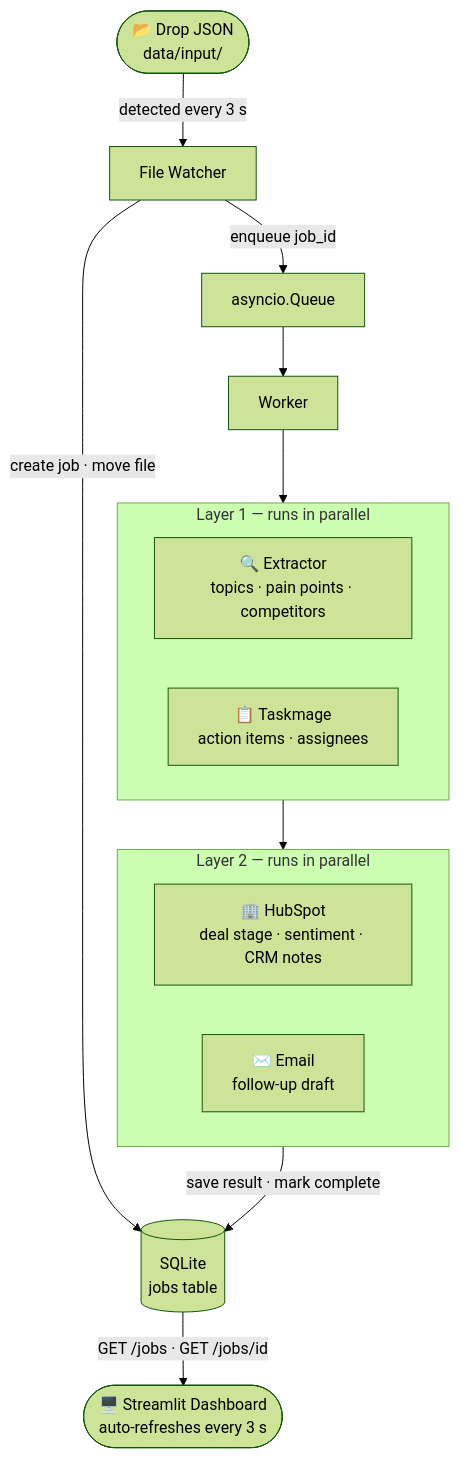
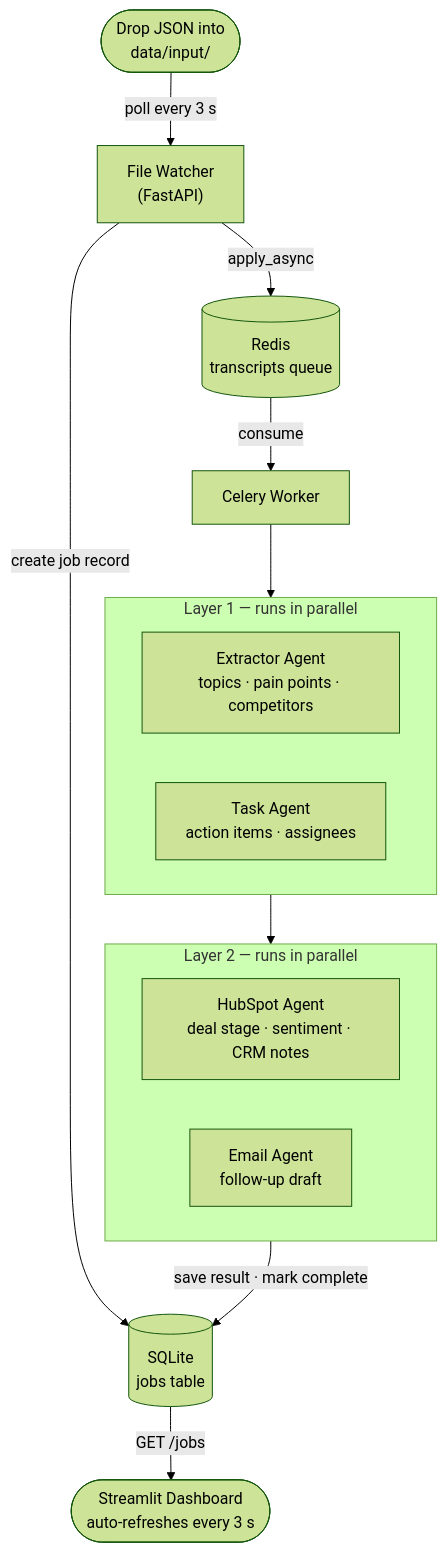
The first of 3 diagrams in README.md (mhdSharuk/DealFlow), drawn with Mermaid (forest theme) before and after one commit. The commit also changed other lines of this file, not shown here.

First line of the commit message:
docs: update README for Celery + Redis architecture

````diff
--- a/README.md
+++ b/README.md
@@ -56,27 +60,27 @@
 ```mermaid
 flowchart TD
-    A([📂 Drop JSON\ndata/input/])
-    A -->|"detected every 3 s"| B[File Watcher]
-    B -->|"create job · move file"| C[(SQLite\njobs table)]
-    B -->|enqueue job_id| D[asyncio.Queue]
-    D --> E[Worker]
+    A([Drop JSON into\ndata/input/]) -->|"poll every 3 s"| B["File Watcher\n(FastAPI)"]
+    B -->|"create job record"| C[("SQLite\njobs table")]
+    B -->|"apply_async"| D[("Redis\ntranscripts queue")]
+
+    D -->|"consume"| E["Celery Worker"]
 
     E --> L1
 
     subgraph L1["Layer 1 — runs in parallel"]
         direction LR
-        EX[🔍 Extractor\ntopics · pain points · competitors]
-        TM[📋 Taskmage\naction items · assignees]
+        EX["Extractor Agent\ntopics · pain points · competitors"]
+        TM["Task Agent\naction items · assignees"]
     end
 
     L1 --> L2
 
     subgraph L2["Layer 2 — runs in parallel"]
         direction LR
-        HS[🏢 HubSpot\ndeal stage · sentiment · CRM notes]
-        EM[✉️ Email\nfollow-up draft]
+        HS["HubSpot Agent\ndeal stage · sentiment · CRM notes"]
+        EM["Email Agent\nfollow-up draft"]
     end
 
     L2 -->|"save result · mark complete"| C
-    C -->|"GET /jobs  ·  GET /jobs/id"| UI([🖥️ Streamlit Dashboard\nauto-refreshes every 3 s])
+    C -->|"GET /jobs"| UI(["Streamlit Dashboard\nauto-refreshes every 3 s"])
 ```
````
